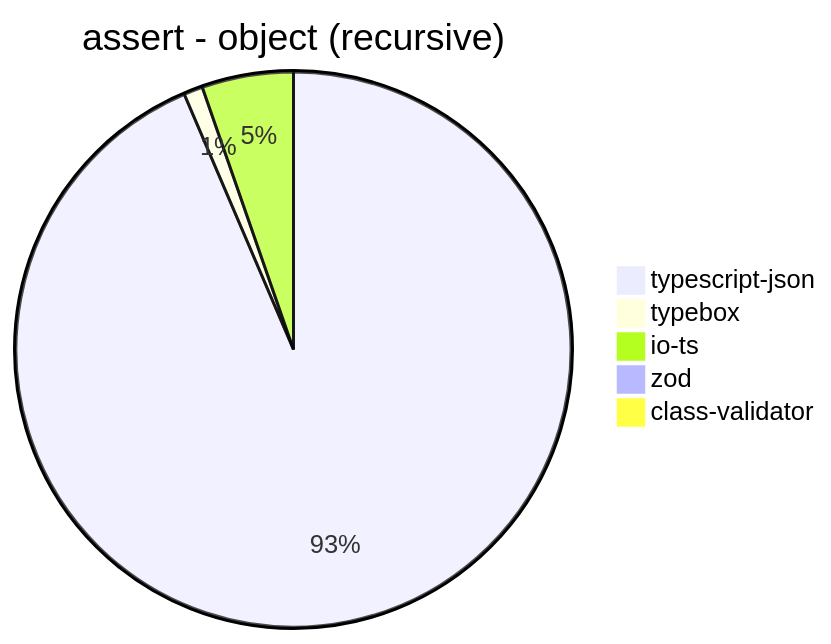
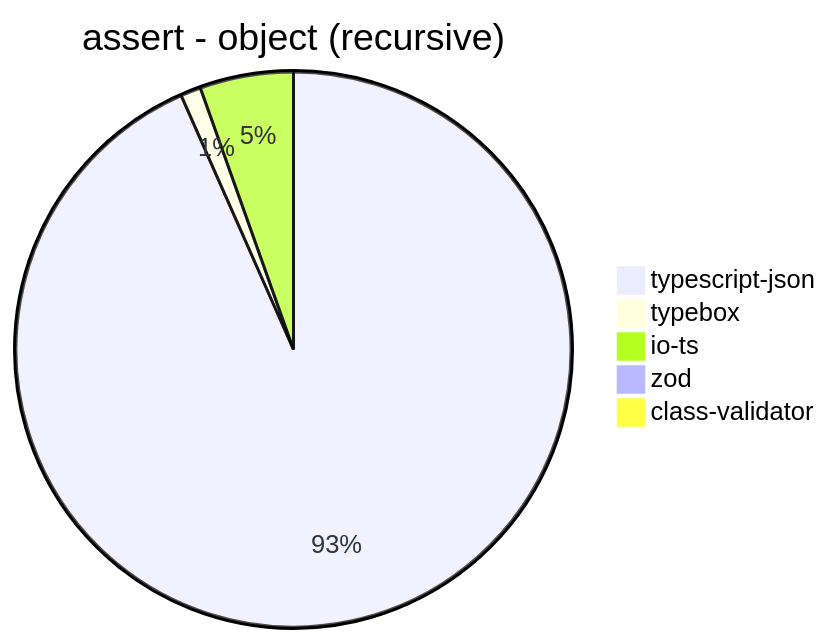
Before and after one commit to samchon/typia: the tenth of 39 diagrams in benchmark/results/AMD Ryzen 7 5800H with Radeon Graphics.md, drawn with Mermaid. The commit also changed other lines of this file and 3 other files, not shown here.

````diff
--- a/benchmark/results/AMD Ryzen 7 5800H with Radeon Graphics.md
+++ b/benchmark/results/AMD Ryzen 7 5800H with Radeon Graphics.md
@@ -136,8 +136,8 @@
 ```mermaid
 pie title assert - object (recursive)
-  "typescript-json": 33045.546372819095
-  "typebox": 391.3586859489377
-  "io-ts": 1880.9829451677974
-  "zod": 72.1299093655589
-  "class-validator": 37.05732018985031
+  "typescript-json": 30918.894670733895
+  "typebox": 391.7432846583739
+  "io-ts": 1802.4759793052476
+  "zod": 70.17543859649123
+  "class-validator": 37.92341678939617
 ```
````
